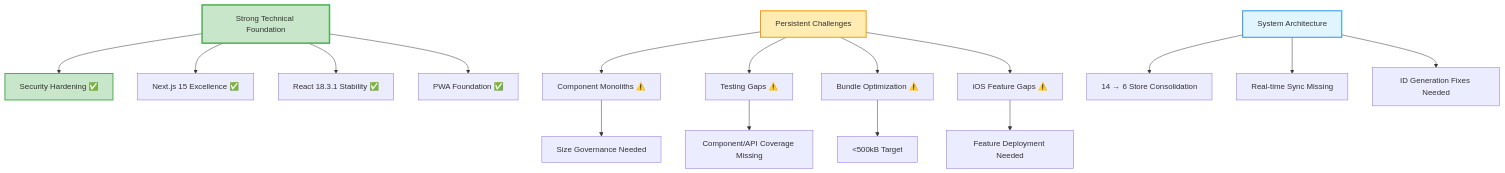
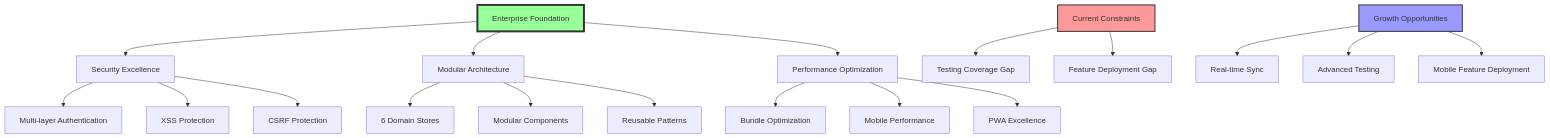
The diagram in _knowledge/06-Reviews/comprehensive-audit-2025-01-23.md (kpessa/brain-space-nextjs), drawn with Mermaid before and after one commit. The commit also changed other lines of this file and 88 other files, not shown here.

````diff
--- a/_knowledge/06-Reviews/comprehensive-audit-2025-01-23.md
+++ b/_knowledge/06-Reviews/comprehensive-audit-2025-01-23.md
@@ -177,29 +142,29 @@
 ```mermaid
 graph TD
-    Foundation[Strong Technical Foundation]
-    Foundation --> Security[Security Hardening ✅]
-    Foundation --> NextJS[Next.js 15 Excellence ✅]  
-    Foundation --> React[React 18.3.1 Stability ✅]
-    Foundation --> PWA[PWA Foundation ✅]
+    Foundation[Enterprise Foundation] --> Security[Security Excellence]
+    Foundation --> Architecture[Modular Architecture]
+    Foundation --> Performance[Performance Optimization]
     
-    Challenges[Persistent Challenges]
-    Challenges --> Components[Component Monoliths ⚠️]
-    Challenges --> Testing[Testing Gaps ⚠️]
-    Challenges --> Performance[Bundle Optimization ⚠️]
-    Challenges --> Mobile[iOS Feature Gaps ⚠️]
+    Security --> Auth[Multi-layer Authentication]
+    Security --> XSS[XSS Protection]
+    Security --> CSRF[CSRF Protection]
     
-    Components --> Governance[Size Governance Needed]
-    Testing --> Coverage[Component/API Coverage Missing]
-    Performance --> Bundle[<500kB Target]
-    Mobile --> Deployment[Feature Deployment Needed]
+    Architecture --> Stores[6 Domain Stores]
+    Architecture --> Components[Modular Components]
+    Architecture --> Patterns[Reusable Patterns]
     
-    Architecture[System Architecture]
-    Architecture --> Stores[14 → 6 Store Consolidation]
-    Architecture --> RealTime[Real-time Sync Missing]
-    Architecture --> RaceConditions[ID Generation Fixes Needed]
+    Performance --> Bundle[Bundle Optimization]
+    Performance --> Mobile[Mobile Performance]
+    Performance --> PWA[PWA Excellence]
     
-    style Foundation fill:#c8e6c9,stroke:#4caf50,stroke-width:3px
-    style Security fill:#c8e6c9,stroke:#4caf50,stroke-width:2px
-    style Challenges fill:#ffecb3,stroke:#ff9800,stroke-width:2px
-    style Architecture fill:#e1f5fe,stroke:#2196f3,stroke-width:2px
+    Constraints[Current Constraints] --> Testing[Testing Coverage Gap]
+    Constraints --> Deployment[Feature Deployment Gap]
+    
+    Opportunities[Growth Opportunities] --> RealTime[Real-time Sync]
+    Opportunities --> Advanced[Advanced Testing]
+    Opportunities --> Features[Mobile Feature Deployment]
+    
+    style Foundation fill:#9f9,stroke:#333,stroke-width:4px
+    style Constraints fill:#f99,stroke:#333,stroke-width:2px
+    style Opportunities fill:#99f,stroke:#333,stroke-width:2px
 ```
````
